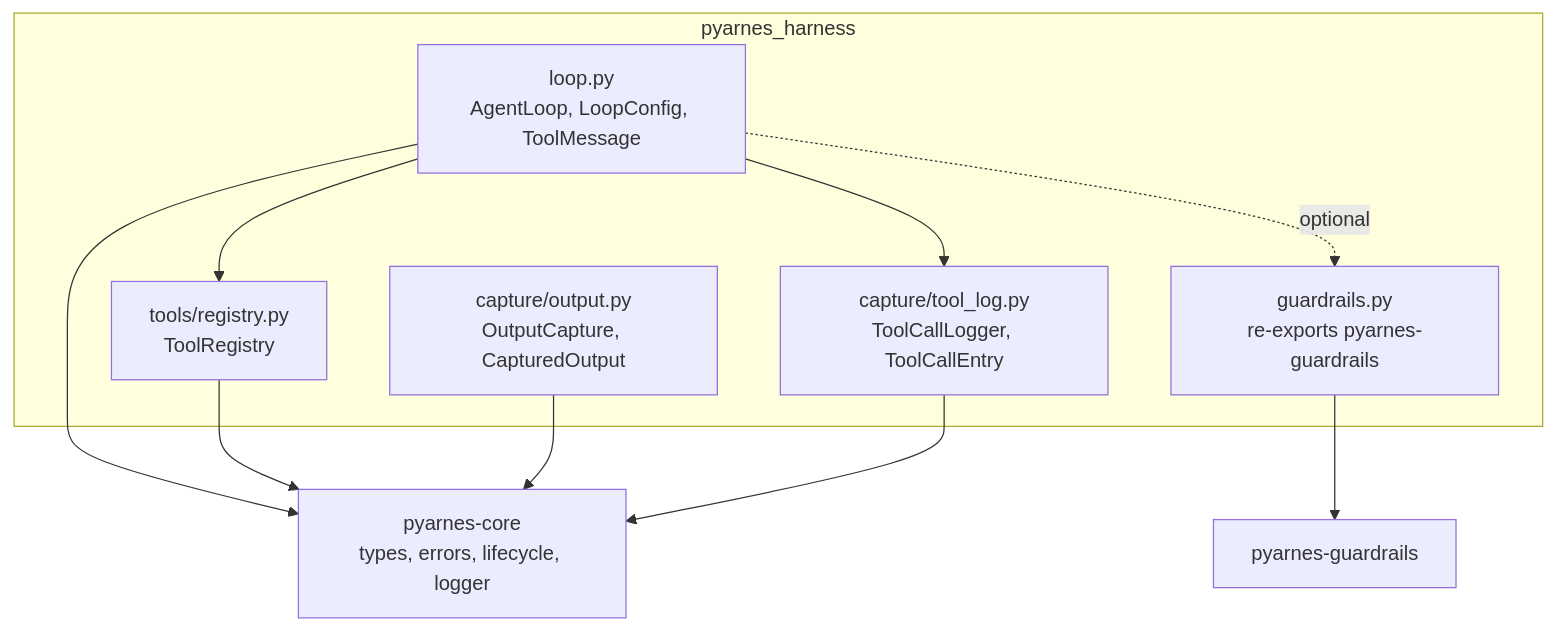
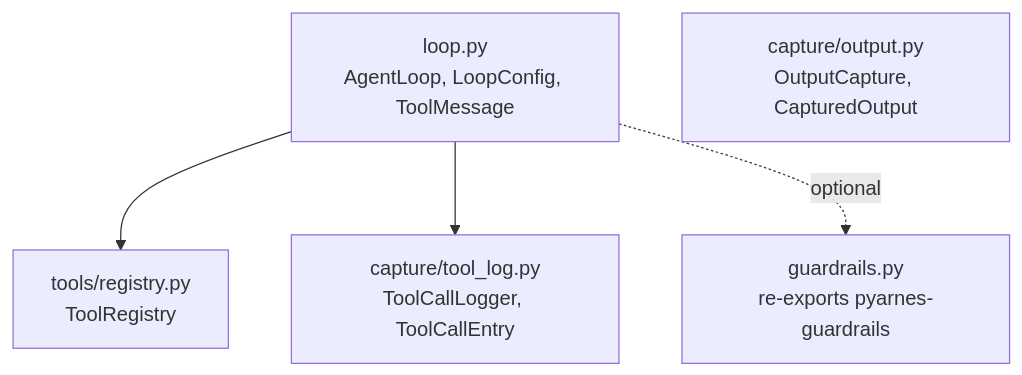
The first of 3 diagrams in docs/maintainer/packages/harness.md (Cognitivemesh/pyarnes), drawn with Mermaid before and after one commit. The commit also changed other lines of this file and 7 other files, not shown here.

````diff
--- a/docs/maintainer/packages/harness.md
+++ b/docs/maintainer/packages/harness.md
@@ -13,22 +15,12 @@
 ```mermaid
 graph TB
-    subgraph pyarnes_harness
-        Loop[loop.py<br/>AgentLoop, LoopConfig, ToolMessage]
-        Registry[tools/registry.py<br/>ToolRegistry]
-        Output[capture/output.py<br/>OutputCapture, CapturedOutput]
-        ToolLog[capture/tool_log.py<br/>ToolCallLogger, ToolCallEntry]
-        GuardrailsReexport[guardrails.py<br/>re-exports pyarnes-guardrails]
-    end
-
-    Core[pyarnes-core<br/>types, errors, lifecycle, logger]
-    Guardrails[pyarnes-guardrails]
+    Loop[loop.py<br/>AgentLoop, LoopConfig, ToolMessage]
+    Registry[tools/registry.py<br/>ToolRegistry]
+    Output[capture/output.py<br/>OutputCapture, CapturedOutput]
+    ToolLog[capture/tool_log.py<br/>ToolCallLogger, ToolCallEntry]
+    GuardrailsReexport[guardrails.py<br/>re-exports pyarnes-guardrails]
 
     Loop --> Registry
     Loop --> ToolLog
     Loop -.optional.-> GuardrailsReexport
-    Loop --> Core
-    Registry --> Core
-    Output --> Core
-    ToolLog --> Core
-    GuardrailsReexport --> Guardrails
 ```
````
